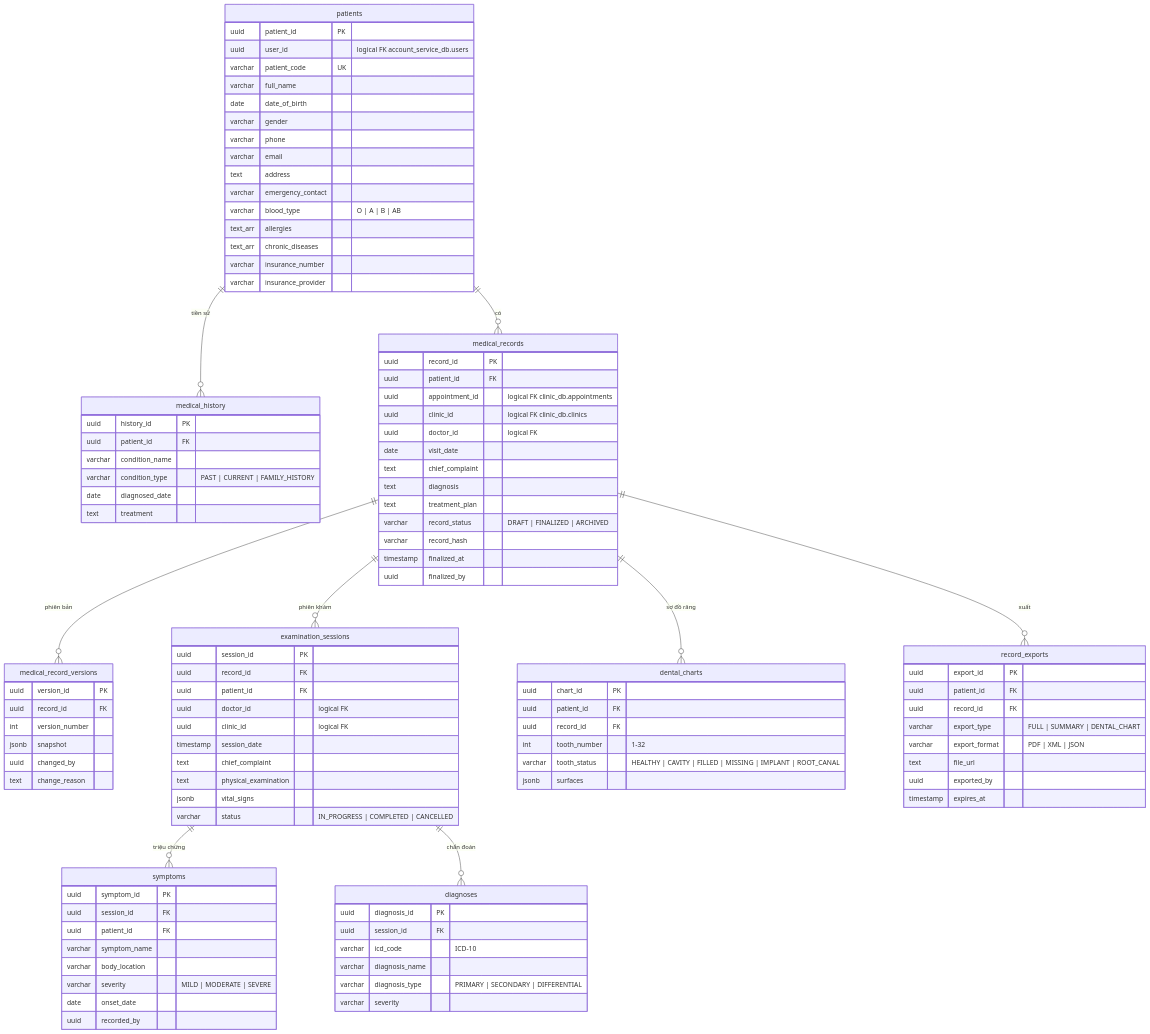
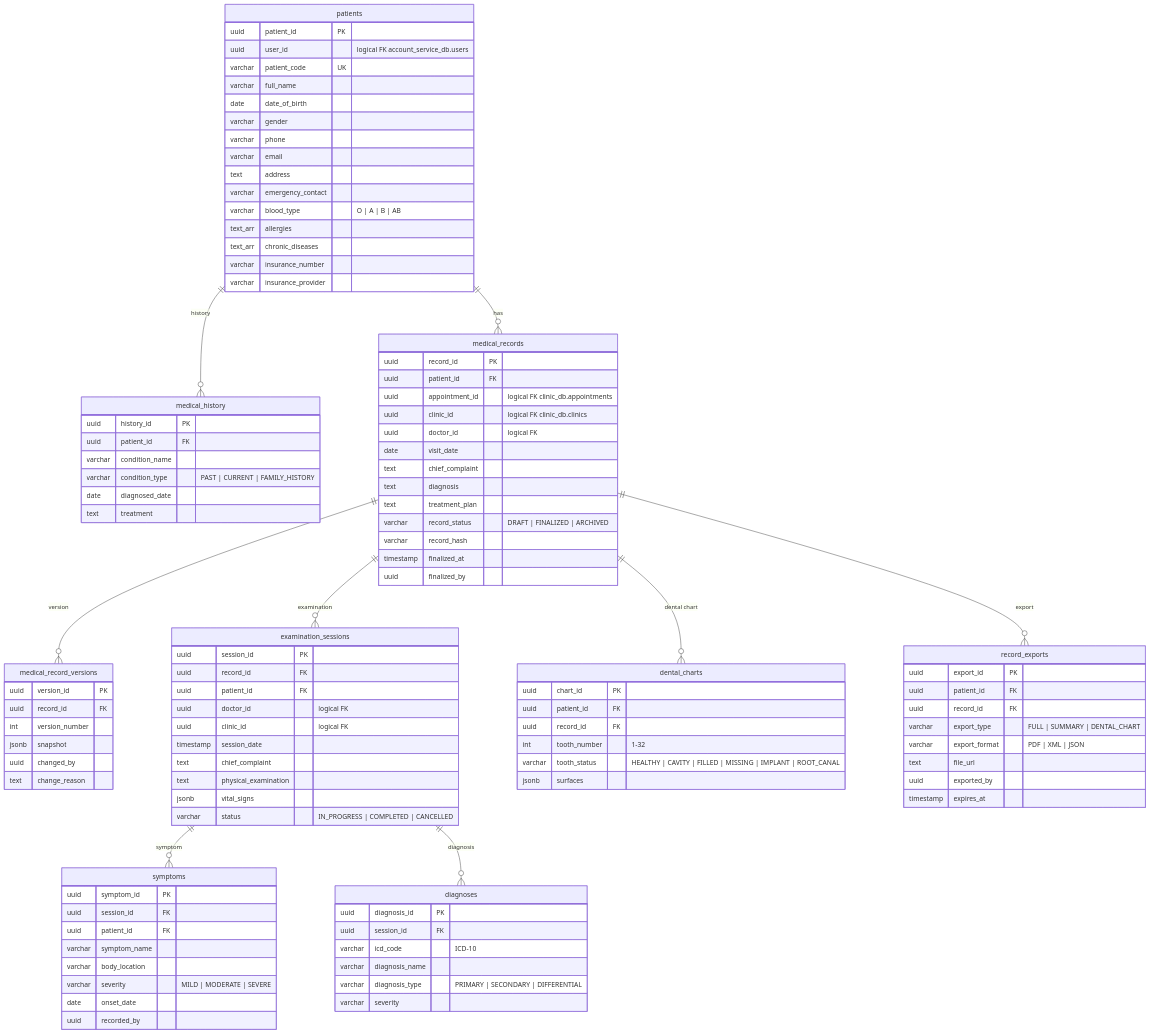
Before and after one commit to LTPPPP/Smart-Medical-Intelligent-Ledger-for-E-health-S.M.I.L.E-: the fifth of 9 diagrams in docs/architecture/erd.md, drawn with Mermaid. The commit also changed other lines of this file, not shown here.

First line of the commit message:
docs(erd): translate ERD diagram to English

````diff
--- a/docs/architecture/erd.md
+++ b/docs/architecture/erd.md
@@ -264,13 +264,13 @@
 ```mermaid
 erDiagram
-    patients ||--o{ medical_history : "tiền sử"
-    patients ||--o{ medical_records : "có"
-    medical_records ||--o{ medical_record_versions : "phiên bản"
-    medical_records ||--o{ examination_sessions : "phiên khám"
-    medical_records ||--o{ dental_charts : "sơ đồ răng"
-    medical_records ||--o{ record_exports : "xuất"
-    examination_sessions ||--o{ symptoms : "triệu chứng"
-    examination_sessions ||--o{ diagnoses : "chẩn đoán"
+    patients ||--o{ medical_history : "history"
+    patients ||--o{ medical_records : "has"
+    medical_records ||--o{ medical_record_versions : "version"
+    medical_records ||--o{ examination_sessions : "examination"
+    medical_records ||--o{ dental_charts : "dental chart"
+    medical_records ||--o{ record_exports : "export"
+    examination_sessions ||--o{ symptoms : "symptom"
+    examination_sessions ||--o{ diagnoses : "diagnosis"
 
     patients {
         uuid patient_id PK
````
